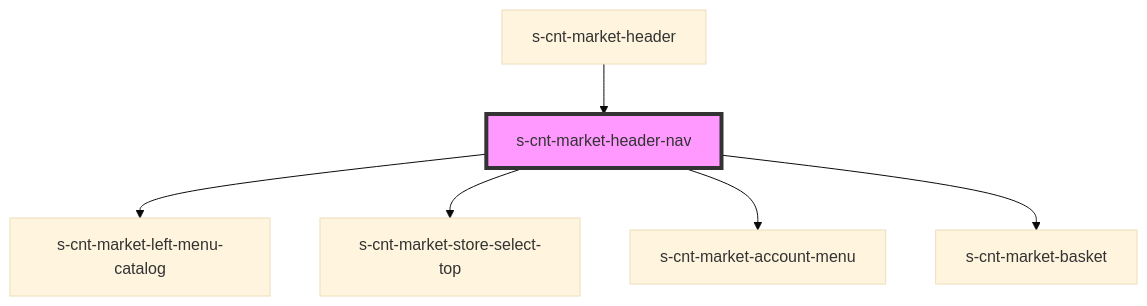
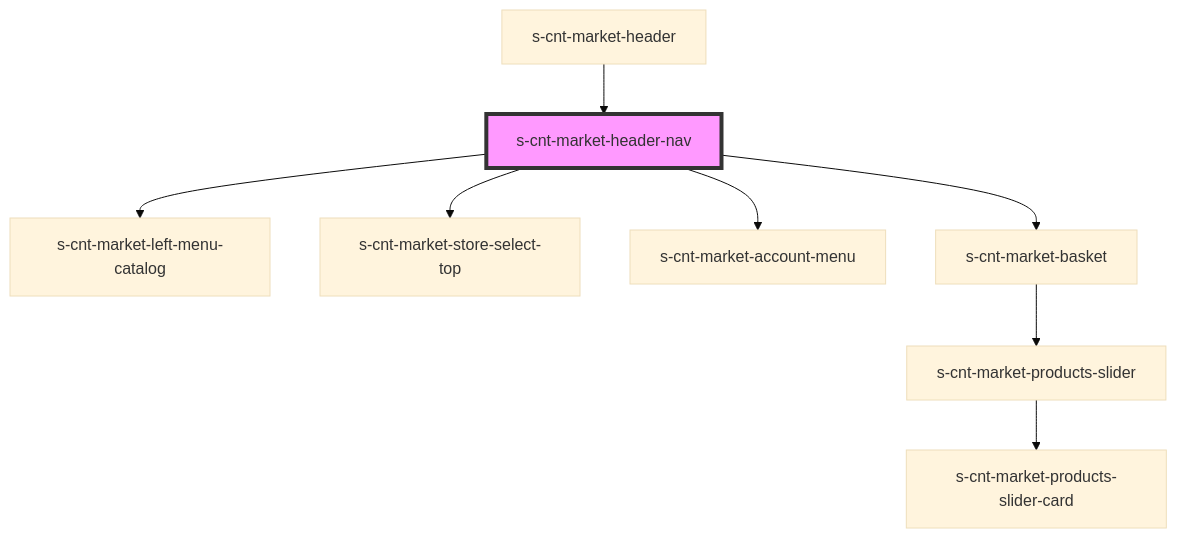
The diagram in src/components/group-b/res/view/s-cnt-market-header-wrapper/res/view/s-cnt-market-header/res/view/s-cnt-market-header-nav/readme.md (saqhan/stencil-market), drawn with Mermaid (base theme) before and after one commit. The commit also changed 38 other files, not shown here.

````diff
--- a/src/components/group-b/res/view/s-cnt-market-header-wrapper/res/view/s-cnt-market-header/res/view/s-cnt-market-header-nav/readme.md
+++ b/src/components/group-b/res/view/s-cnt-market-header-wrapper/res/view/s-cnt-market-header/res/view/s-cnt-market-header-nav/readme.md
@@ -39,9 +39,11 @@
 ```mermaid
 graph TD;
   s-cnt-market-header-nav --> s-cnt-market-left-menu-catalog
   s-cnt-market-header-nav --> s-cnt-market-store-select-top
   s-cnt-market-header-nav --> s-cnt-market-account-menu
   s-cnt-market-header-nav --> s-cnt-market-basket
+  s-cnt-market-basket --> s-cnt-market-products-slider
+  s-cnt-market-products-slider --> s-cnt-market-products-slider-card
   s-cnt-market-header --> s-cnt-market-header-nav
   style s-cnt-market-header-nav fill:#f9f,stroke:#333,stroke-width:4px
 ```
````
